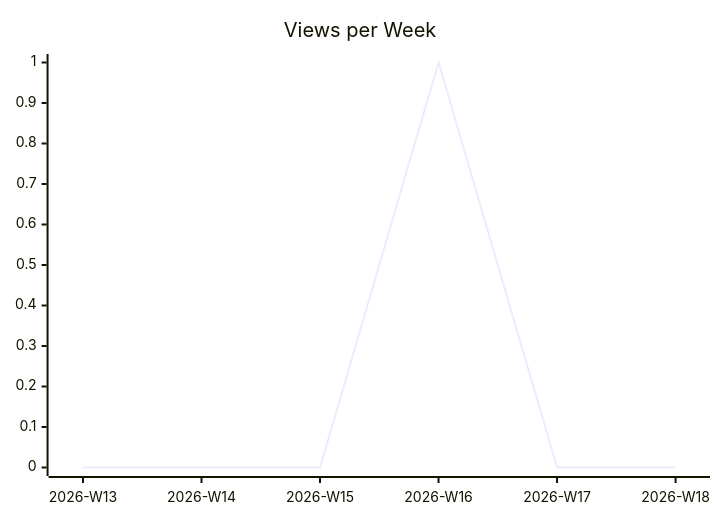
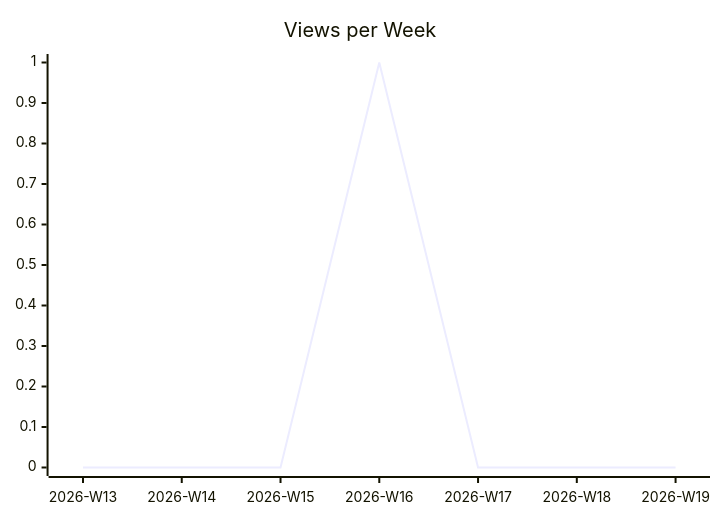
The second of 3 diagrams in justdavis-family/github-analytics-data/README.md (justdavis-family/github-analytics-data), drawn with Mermaid before and after one commit. The commit also changed other lines of this file and 187 other files, not shown here.

````diff
--- a/justdavis-family/github-analytics-data/README.md
+++ b/justdavis-family/github-analytics-data/README.md
@@ -12,6 +12,6 @@
 ```mermaid
 xychart-beta
   title "Views per Week"
-  x-axis ["2026-W13", "2026-W14", "2026-W15", "2026-W16", "2026-W17", "2026-W18"]
-  line [0, 0, 0, 1, 0, 0]
+  x-axis ["2026-W13", "2026-W14", "2026-W15", "2026-W16", "2026-W17", "2026-W18", "2026-W19"]
+  line [0, 0, 0, 1, 0, 0, 0]
 ```
````
